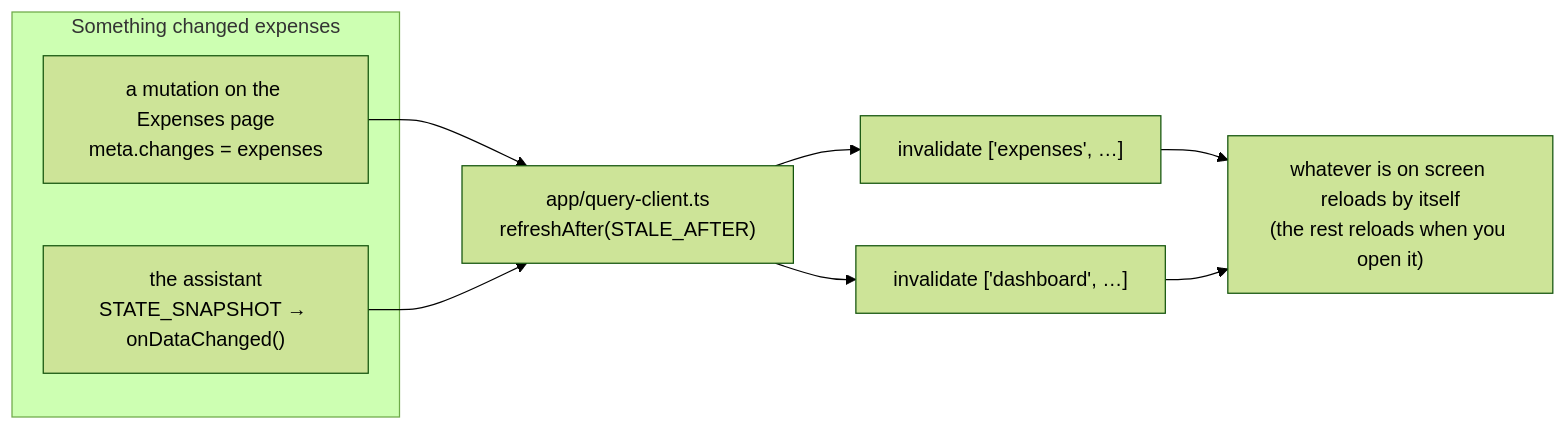
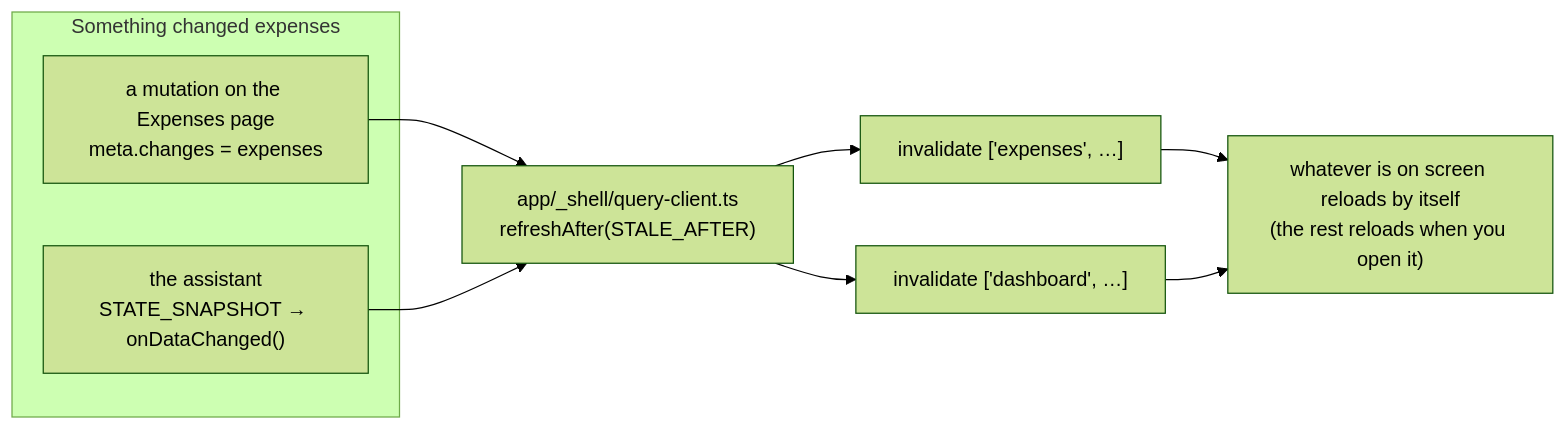
Before and after one commit to sanjeevgnrgy/spendwise: the fifth of 6 diagrams in docs/how_spendwise_works.md, drawn with Mermaid (forest theme). The commit also changed 243 other files, not shown here.

````diff
--- a/docs/how_spendwise_works.md
+++ b/docs/how_spendwise_works.md
@@ -106,15 +106,15 @@
 ```mermaid
 flowchart LR
     subgraph sources ["Something changed expenses"]
         M1["a mutation on the Expenses page<br/>meta.changes = expenses"]
         M2["the assistant<br/>STATE_SNAPSHOT → onDataChanged()"]
     end
-    RULE["app/query-client.ts<br/>refreshAfter(STALE_AFTER)"]
+    RULE["app/_shell/query-client.ts<br/>refreshAfter(STALE_AFTER)"]
     K1["invalidate ['expenses', …]"]
     K2["invalidate ['dashboard', …]"]
     UI["whatever is on screen reloads by itself<br/>(the rest reloads when you open it)"]
     M1 --> RULE
     M2 --> RULE
     RULE --> K1 --> UI
     RULE --> K2 --> UI
 ```
````
